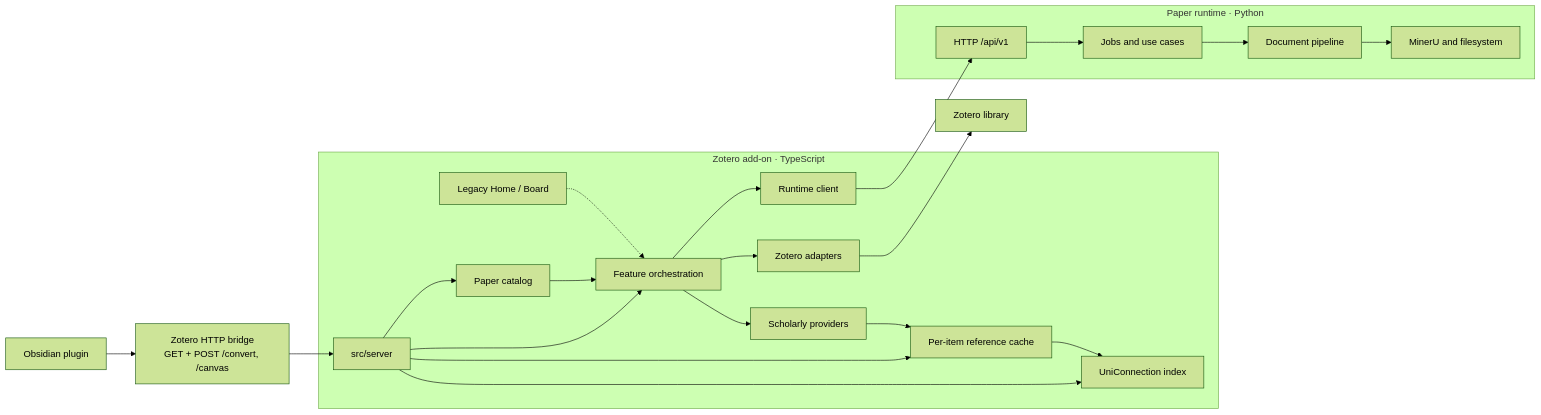
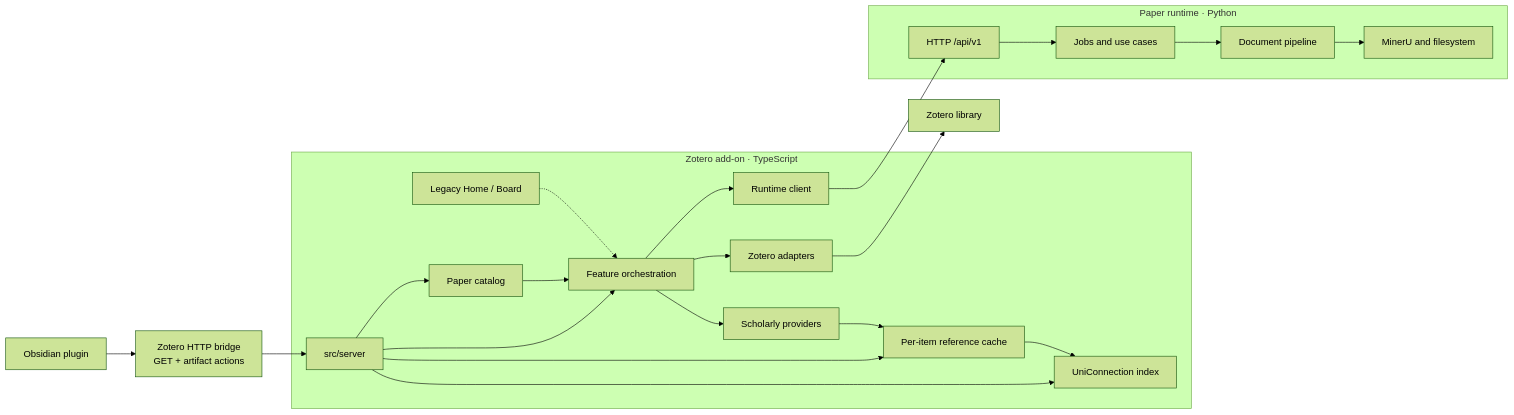
Before and after one commit to Leavvind/Unizero: the diagram in docs/ARCHITECTURE.md, drawn with Mermaid (forest theme). The commit also changed other lines of this file and 21 other files, not shown here.

````diff
--- a/docs/ARCHITECTURE.md
+++ b/docs/ARCHITECTURE.md
@@ -5,45 +5,45 @@
 ```mermaid
 flowchart LR
     Obsidian["Obsidian plugin"]
-    Bridge["Zotero HTTP bridge\nGET + POST /convert, /canvas"]
+    Bridge["Zotero HTTP bridge\nGET + artifact actions"]
 
     subgraph Addon["Zotero add-on · TypeScript"]
         Server["src/server"]
         Features["Feature orchestration"]
         Adapters["Zotero adapters"]
         Providers["Scholarly providers"]
         Cache["Per-item reference cache"]
         Index["UniConnection index"]
         Catalog["Paper catalog"]
         Client["Runtime client"]
         LegacyUI["Legacy Home / Board"]
     end
 
     Zotero["Zotero library"]
 
     subgraph Runtime["Paper runtime · Python"]
         API["HTTP /api/v1"]
         App["Jobs and use cases"]
         Pipeline["Document pipeline"]
         IO["MinerU and filesystem"]
     end
 
     Obsidian --> Bridge
     Bridge --> Server
     Server --> Features
     Server --> Cache
     Server --> Index
     Server --> Catalog
     Features --> Adapters
     Features --> Providers
     Features --> Client
     Providers --> Cache
     Cache --> Index
     Adapters --> Zotero
     Catalog --> Features
     Client --> API
     API --> App
     App --> Pipeline
     Pipeline --> IO
     LegacyUI -.-> Features
 ```
````
